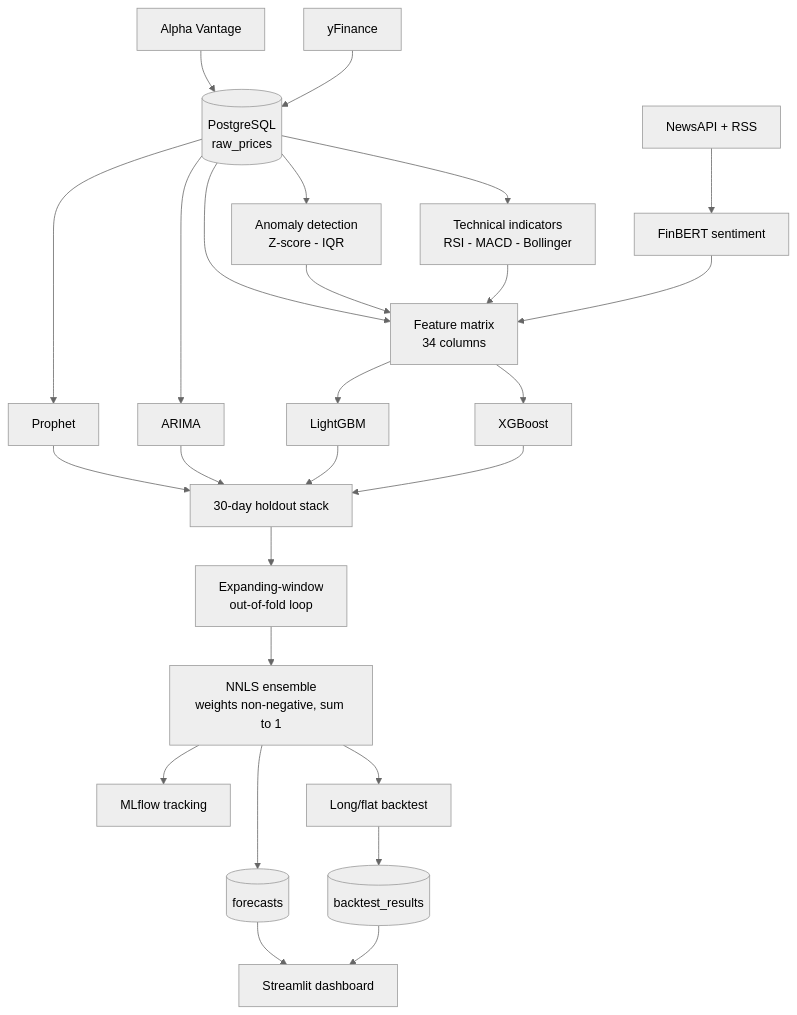
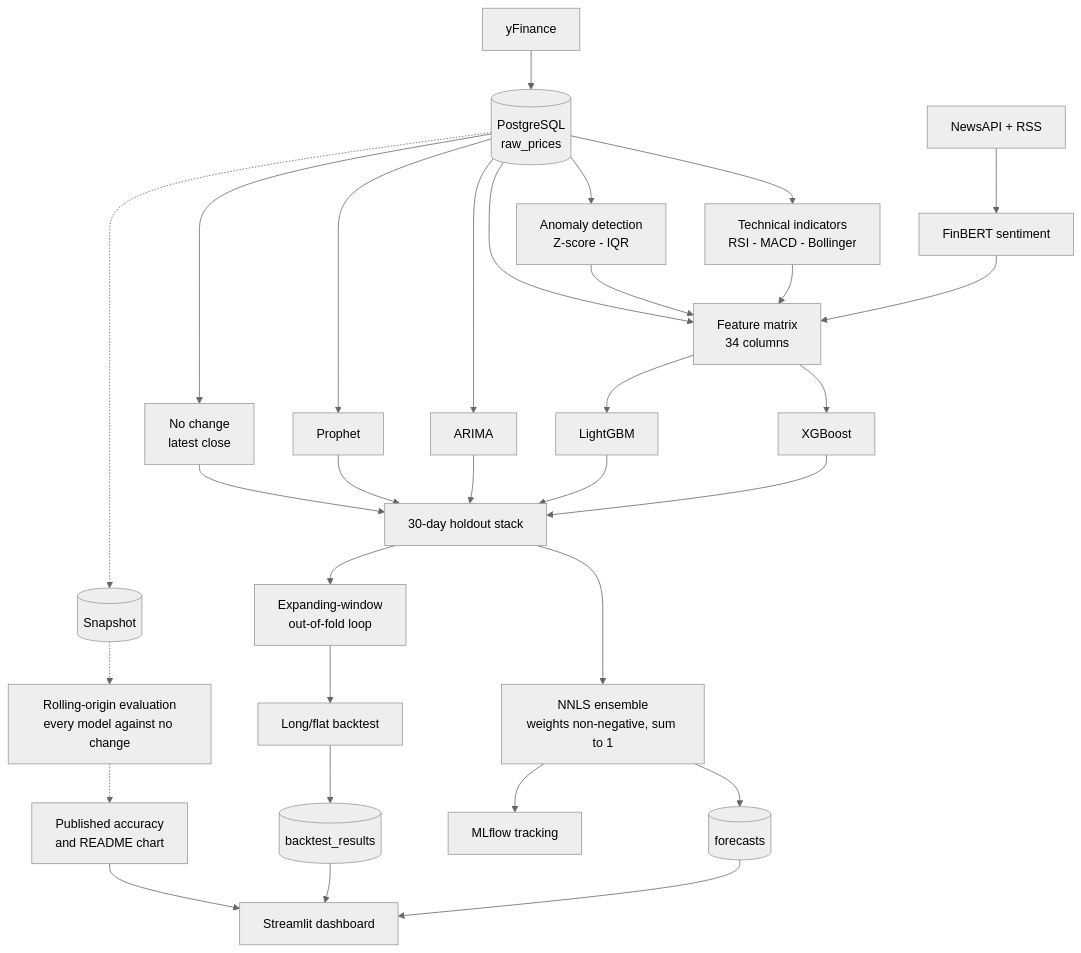
Before and after one commit to logn1602/QuantFlow: the diagram in README.md, drawn with Mermaid (neutral theme). The commit also changed other lines of this file and 2 other files, not shown here.

First line of the commit message:
docs(readme): rewrite the evaluation around the rolling-origin results

````diff
--- a/README.md
+++ b/README.md
@@ -26,35 +35,41 @@
 ```mermaid
 flowchart TD
     YF[yFinance] --> DB[(PostgreSQL<br/>raw_prices)]
-    AV[Alpha Vantage] --> DB
     NEWS[NewsAPI + RSS] --> FB[FinBERT sentiment]
 
     DB --> IND[Technical indicators<br/>RSI - MACD - Bollinger]
     DB --> ANOM[Anomaly detection<br/>Z-score - IQR]
 
     IND --> FEAT[Feature matrix<br/>34 columns]
     ANOM --> FEAT
     FB --> FEAT
     DB --> FEAT
 
     DB --> ARIMA[ARIMA]
     DB --> PROPH[Prophet]
+    DB --> NAIVE[No change<br/>latest close]
     FEAT --> XGB[XGBoost]
     FEAT --> LGB[LightGBM]
 
     ARIMA --> STACK[30-day holdout stack]
     PROPH --> STACK
     XGB --> STACK
     LGB --> STACK
+    NAIVE --> STACK
 
+    STACK --> ENS[NNLS ensemble<br/>weights non-negative, sum to 1]
     STACK --> OOF[Expanding-window<br/>out-of-fold loop]
-    OOF --> ENS[NNLS ensemble<br/>weights non-negative, sum to 1]
+    OOF --> BT[Long/flat backtest]
 
-    ENS --> BT[Long/flat backtest]
     ENS --> FC[(forecasts)]
     BT --> RES[(backtest_results)]
 
+    DB -.-> SNAP[(Snapshot)]
+    SNAP -.-> EVAL[Rolling-origin evaluation<br/>every model against no change]
+    EVAL -.-> PUB[Published accuracy<br/>and README chart]
+
     FC --> UI[Streamlit dashboard]
     RES --> UI
+    PUB --> UI
     ENS --> ML[MLflow tracking]
 ```
````
